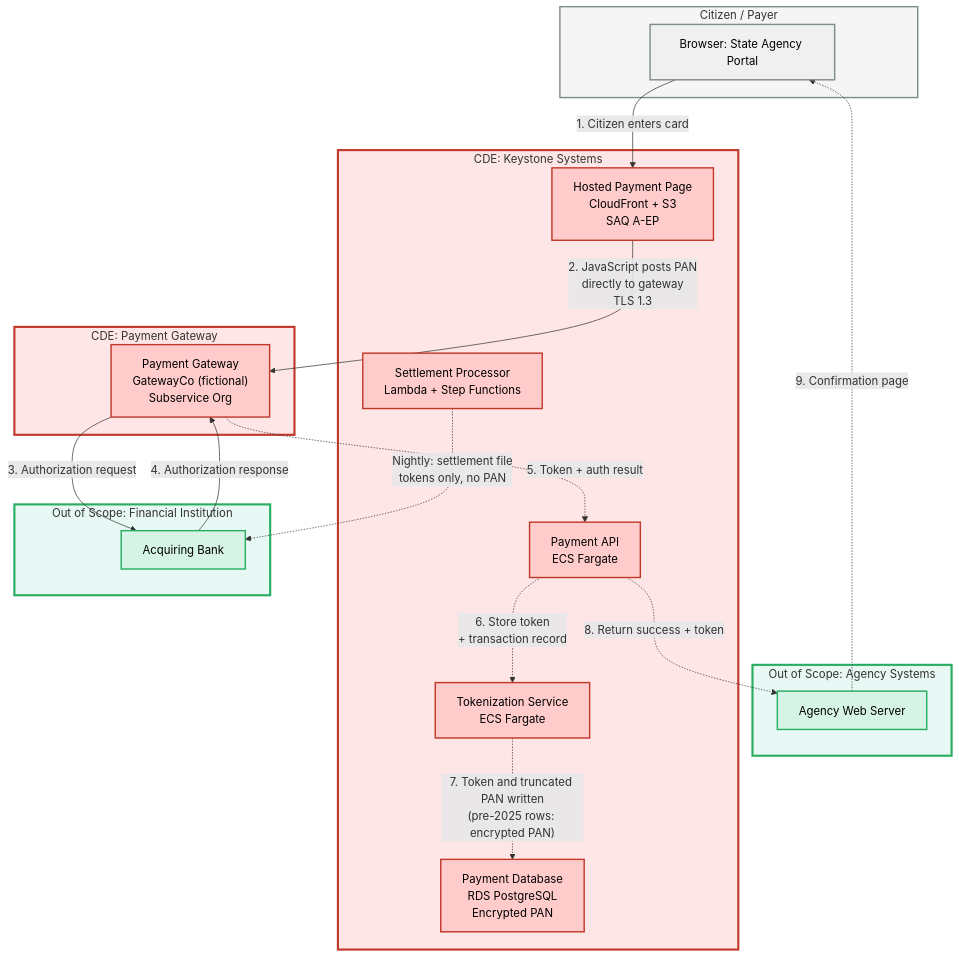
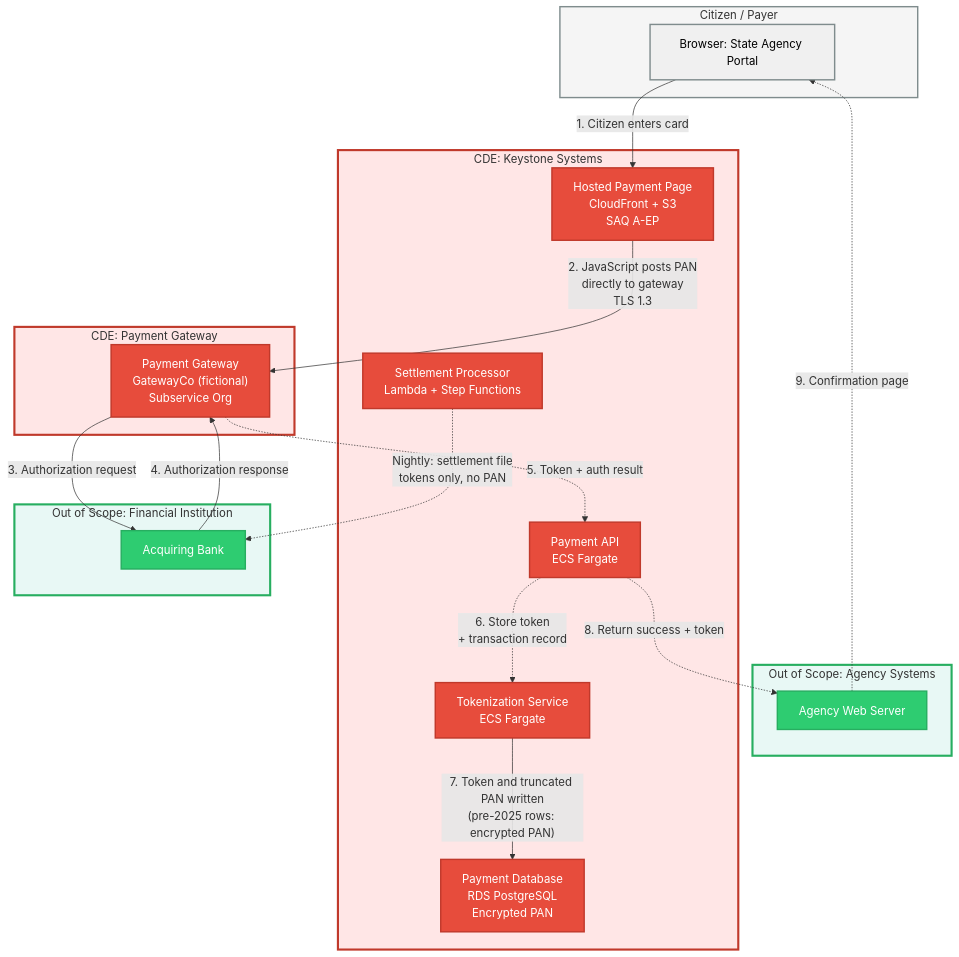
Before and after one commit to Josephkamara/audit-defense-portfolio: the first of 3 diagrams in projects/payment-processor-compliance-program/01-scoping/cardholder-data-flow.md, drawn with Mermaid. The commit also changed other lines of this file, not shown here.

````diff
--- a/projects/payment-processor-compliance-program/01-scoping/cardholder-data-flow.md
+++ b/projects/payment-processor-compliance-program/01-scoping/cardholder-data-flow.md
@@ -17,53 +17,53 @@
 ```mermaid
 graph TB
     subgraph citizen["Citizen / Payer"]
         A["Browser: State Agency Portal"]
     end
     
     subgraph agency["Out of Scope: Agency Systems"]
         B["Agency Web Server"]
     end
     
     subgraph cde["CDE: Keystone Systems"]
         C["Hosted Payment Page<br/>CloudFront + S3<br/>SAQ A-EP"]
         E["Payment API<br/>ECS Fargate"]
         F["Tokenization Service<br/>ECS Fargate"]
         G["Payment Database<br/>RDS PostgreSQL<br/>Encrypted PAN"]
         H["Settlement Processor<br/>Lambda + Step Functions"]
     end
     
     subgraph gateway["CDE: Payment Gateway"]
         D["Payment Gateway<br/>GatewayCo (fictional)<br/>Subservice Org"]
     end
     
     subgraph bank["Out of Scope: Financial Institution"]
         I["Acquiring Bank"]
     end
     
     A -->|"1. Citizen enters card"| C
     C -->|"2. JavaScript posts PAN<br/>directly to gateway<br/>TLS 1.3"| D
     D -->|"3. Authorization request"| I
     I -->|"4. Authorization response"| D
     D -.->|"5. Token + auth result"| E
     E -.->|"6. Store token<br/>+ transaction record"| F
-    F -.->|"7. Token and truncated PAN written<br/>(pre-2025 rows: encrypted PAN)"| G
+    F -->|"7. Token and truncated PAN written<br/>(pre-2025 rows: encrypted PAN)"| G
     E -.->|"8. Return success + token"| B
     B -.->|"9. Confirmation page"| A
     H -.->|"Nightly: settlement file<br/>tokens only, no PAN"| I
     
-    classDef cdeNode fill:#ffcccb,stroke:#c0392b,stroke-width:2px,color:#000
-    classDef outOfScopeNode fill:#d5f4e6,stroke:#27ae60,stroke-width:2px,color:#000
+    classDef cdeNode fill:#e74c3c,stroke:#c0392b,stroke-width:2px,color:#fff
+    classDef outOfScopeNode fill:#2ecc71,stroke:#27ae60,stroke-width:2px,color:#fff
     classDef citizenNode fill:#f0f0f0,stroke:#7f8c8d,stroke-width:2px,color:#000
     
     class C,D,E,F,G,H cdeNode
     class B,I outOfScopeNode
     class A citizenNode
     
     classDef cdeSubgraph fill:#ffe6e6,stroke:#c0392b,stroke-width:3px
     classDef outOfScopeSubgraph fill:#e8f8f5,stroke:#27ae60,stroke-width:3px
     classDef citizenSubgraph fill:#f5f5f5,stroke:#7f8c8d,stroke-width:2px
     
     class cde,gateway cdeSubgraph
     class agency,bank outOfScopeSubgraph
     class citizen citizenSubgraph
 ```
````
